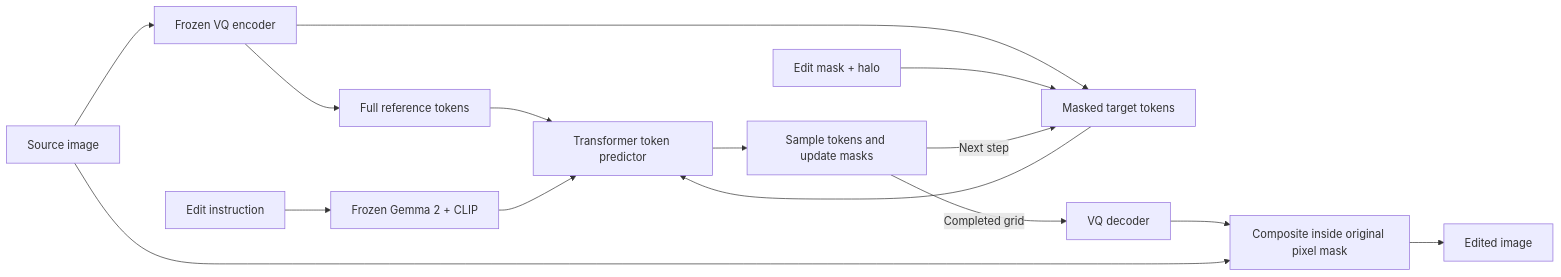
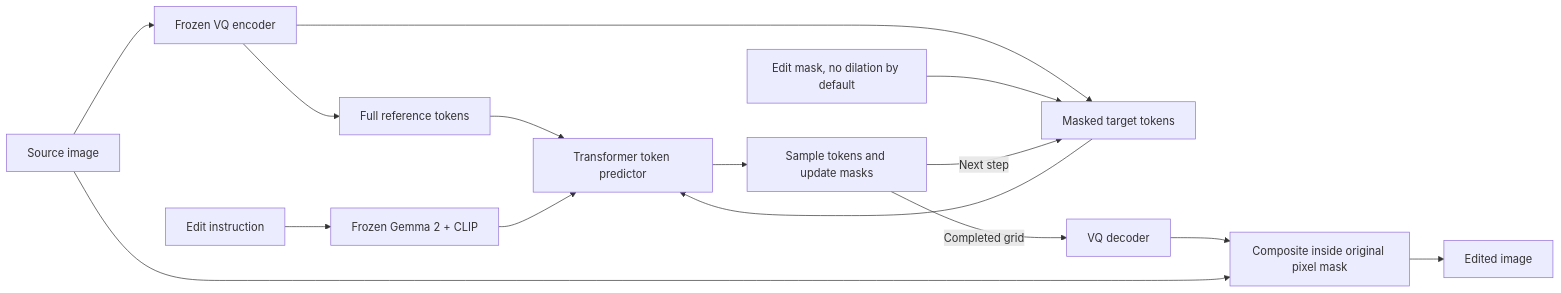
The diagram in README.md (Shi-qingyu/EditMGT), drawn with Mermaid before and after one commit. The commit also changed other lines of this file and 44 other files, not shown here.

````diff
--- a/README.md
+++ b/README.md
@@ -27,17 +27,17 @@
 ```mermaid
 flowchart LR
     I[Source image] --> V[Frozen VQ encoder]
     V --> R[Full reference tokens]
     V --> T[Masked target tokens]
-    M[Edit mask + halo] --> T
+    M[Edit mask, no dilation by default] --> T
     P[Edit instruction] --> E[Frozen Gemma 2 + CLIP]
     R --> G[Transformer token predictor]
     T --> G
     E --> G
     G --> S[Sample tokens and update masks]
     S -->|Next step| T
     S -->|Completed grid| D[VQ decoder]
     D --> C[Composite inside original pixel mask]
     I --> C
     C --> O[Edited image]
 ```
````
